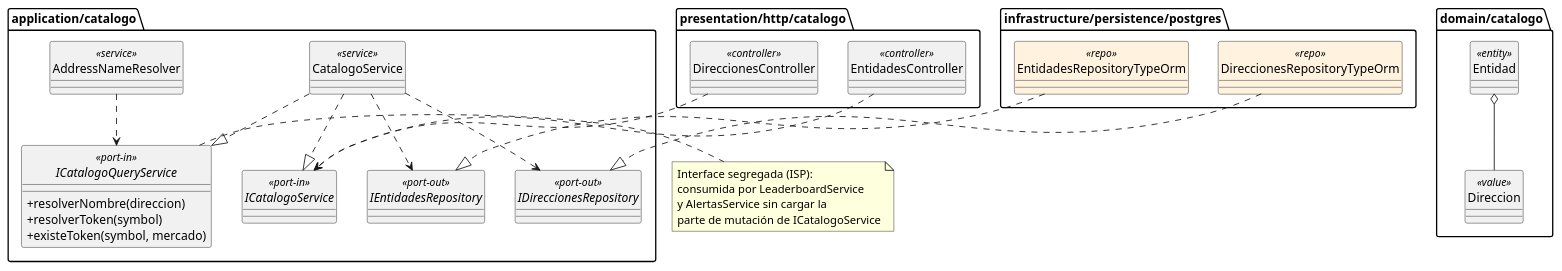
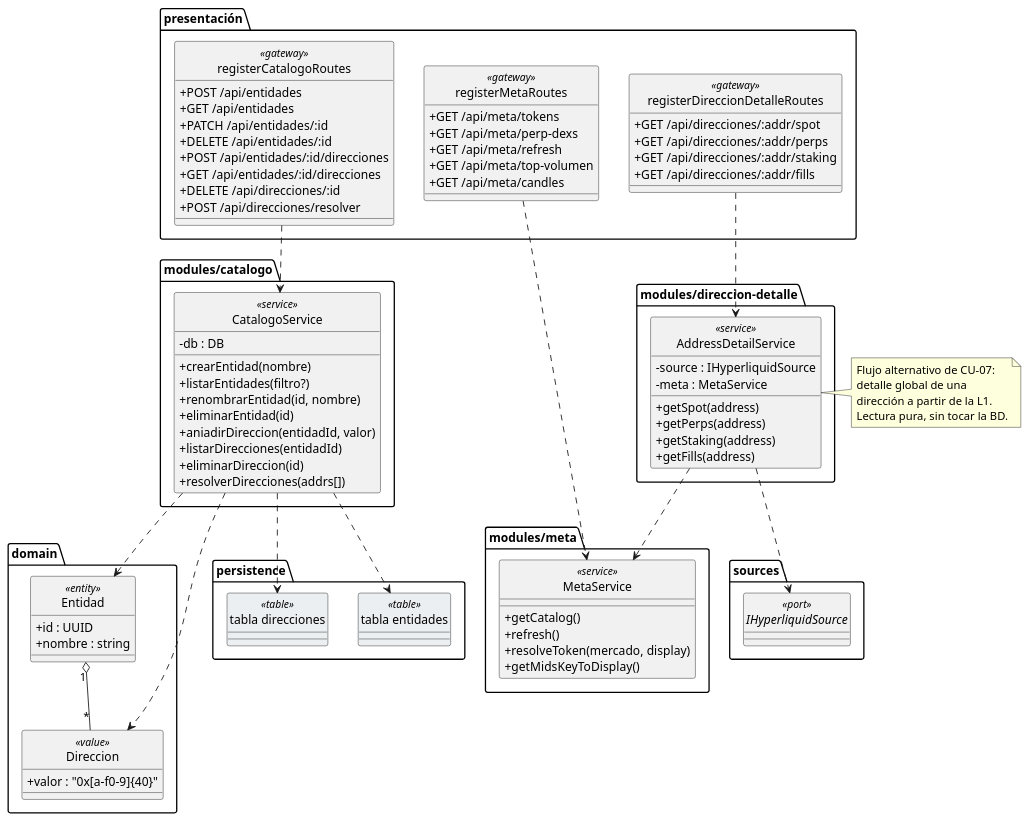
One commit to nekiiiiis/tfg changed the diagram in modelosUML/capitulo3/diseno-clases-catalogo.puml. Above: the diagram before and after it, drawn with PlantUML. The commit also changed 40 other files, not shown here.

```diff
--- a/modelosUML/capitulo3/diseno-clases-catalogo.puml
+++ b/modelosUML/capitulo3/diseno-clases-catalogo.puml
@@ -1,52 +1,103 @@
 @startuml
 skinparam shadowing false
 skinparam classAttributeIconSize 0
 hide circle
 
-package "presentation/http/catalogo" {
-    class EntidadesController <<controller>>
-    class DireccionesController <<controller>>
+package "presentación" {
+    class registerCatalogoRoutes <<gateway>> {
+        + POST /api/entidades
+        + GET /api/entidades
+        + PATCH /api/entidades/:id
+        + DELETE /api/entidades/:id
+        + POST /api/entidades/:id/direcciones
+        + GET /api/entidades/:id/direcciones
+        + DELETE /api/direcciones/:id
+        + POST /api/direcciones/resolver
+    }
+    class registerDireccionDetalleRoutes <<gateway>> {
+        + GET /api/direcciones/:addr/spot
+        + GET /api/direcciones/:addr/perps
+        + GET /api/direcciones/:addr/staking
+        + GET /api/direcciones/:addr/fills
+    }
+    class registerMetaRoutes <<gateway>> {
+        + GET /api/meta/tokens
+        + GET /api/meta/perp-dexs
+        + GET /api/meta/refresh
+        + GET /api/meta/top-volumen
+        + GET /api/meta/candles
+    }
 }
 
-package "application/catalogo" {
-    interface ICatalogoService <<port-in>>
-    interface ICatalogoQueryService <<port-in>> {
-        + resolverNombre(direccion)
-        + resolverToken(symbol)
-        + existeToken(symbol, mercado)
+package "modules/catalogo" {
+    class CatalogoService <<service>> {
+        - db : DB
+        + crearEntidad(nombre)
+        + listarEntidades(filtro?)
+        + renombrarEntidad(id, nombre)
+        + eliminarEntidad(id)
+        + aniadirDireccion(entidadId, valor)
+        + listarDirecciones(entidadId)
+        + eliminarDireccion(id)
+        + resolverDirecciones(addrs[])
     }
-    interface IEntidadesRepository <<port-out>>
-    interface IDireccionesRepository <<port-out>>
-    class CatalogoService <<service>>
-    class AddressNameResolver <<service>>
 }
 
-package "domain/catalogo" {
-    class Entidad <<entity>>
-    class Direccion <<value>>
+package "modules/direccion-detalle" {
+    class AddressDetailService <<service>> {
+        - source : IHyperliquidSource
+        - meta : MetaService
+        + getSpot(address)
+        + getPerps(address)
+        + getStaking(address)
+        + getFills(address)
+    }
 }
 
-package "infrastructure/persistence/postgres" {
-    class EntidadesRepositoryTypeOrm <<repo>> #FFF3E0
-    class DireccionesRepositoryTypeOrm <<repo>> #FFF3E0
+package "modules/meta" {
+    class MetaService <<service>> {
+        + getCatalog()
+        + refresh()
+        + resolveToken(mercado, display)
+        + getMidsKeyToDisplay()
+    }
 }
 
-EntidadesController ..> ICatalogoService
-DireccionesController ..> ICatalogoService
-CatalogoService ..|> ICatalogoService
-CatalogoService ..|> ICatalogoQueryService
-CatalogoService ..> IEntidadesRepository
-CatalogoService ..> IDireccionesRepository
-AddressNameResolver ..> ICatalogoQueryService
-EntidadesRepositoryTypeOrm ..|> IEntidadesRepository
-DireccionesRepositoryTypeOrm ..|> IDireccionesRepository
-Entidad o-- Direccion
+package "domain" {
+    class Entidad <<entity>> {
+        + id : UUID
+        + nombre : string
+    }
+    class Direccion <<value>> {
+        + valor : "0x[a-f0-9]{40}"
+    }
+}
 
-note right of ICatalogoQueryService
-  Interface segregada (ISP):
-  consumida por LeaderboardService
-  y AlertasService sin cargar la
-  parte de mutación de ICatalogoService
+package "persistence" {
+    class "tabla entidades" as TENT <<table>> #ECEFF1
+    class "tabla direcciones" as TDIR <<table>> #ECEFF1
+}
+
+package "sources" {
+    interface IHyperliquidSource <<port>>
+}
+
+registerCatalogoRoutes ..> CatalogoService
+registerDireccionDetalleRoutes ..> AddressDetailService
+registerMetaRoutes ..> MetaService
+CatalogoService ..> TENT
+CatalogoService ..> TDIR
+CatalogoService ..> Entidad
+CatalogoService ..> Direccion
+Entidad "1" o-- "*" Direccion
+AddressDetailService ..> IHyperliquidSource
+AddressDetailService ..> MetaService
+
+note right of AddressDetailService
+  Flujo alternativo de CU-07:
+  detalle global de una
+  dirección a partir de la L1.
+  Lectura pura, sin tocar la BD.
 end note
 
 @enduml
```
